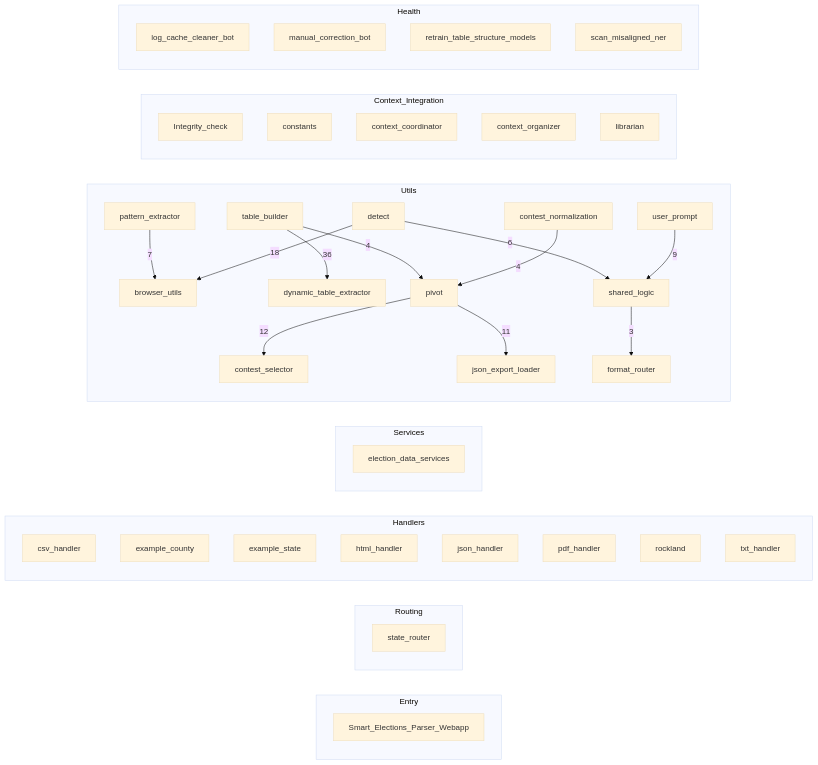
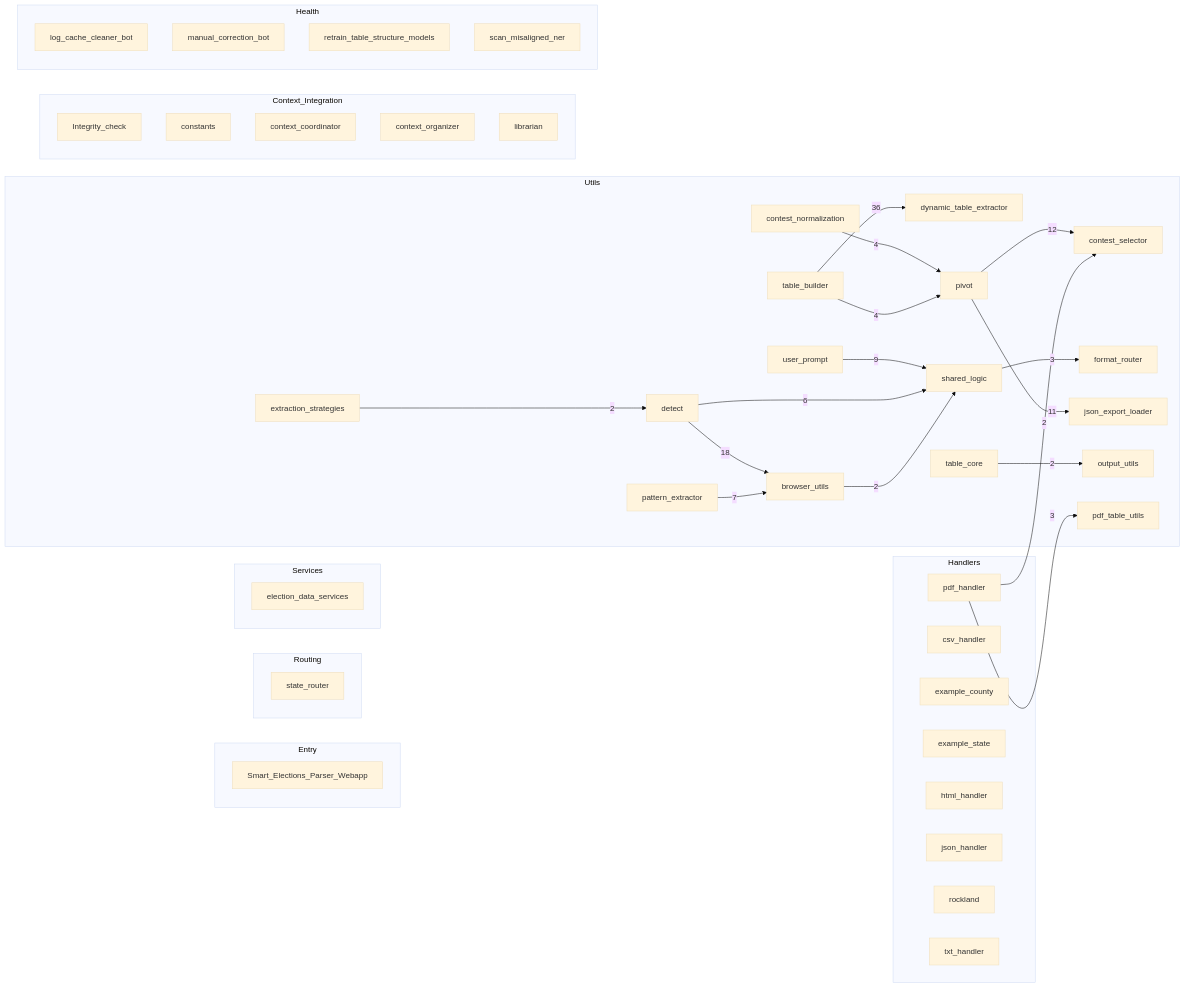
The second of 3 diagrams in docs/project_audit.md (Basic-Nature/html_Parser_prototype), drawn with Mermaid (base theme) before and after one commit. The commit also changed other lines of this file and 3 other files, not shown here.

Commit message:
Address code review: add named constants for diagram limits

````diff
--- a/docs/project_audit.md
+++ b/docs/project_audit.md
@@ -80,59 +80,68 @@
 ```mermaid
 graph LR
   subgraph Entry["Entry"]
     Smart_Elections_Parser_Webapp["Smart_Elections_Parser_Webapp"]
   end
   subgraph Routing["Routing"]
     state_router["state_router"]
   end
   subgraph Handlers["Handlers"]
+    pdf_handler["pdf_handler"]
     csv_handler["csv_handler"]
     example_county["example_county"]
     example_state["example_state"]
     html_handler["html_handler"]
     json_handler["json_handler"]
-    pdf_handler["pdf_handler"]
     rockland["rockland"]
     txt_handler["txt_handler"]
   end
   subgraph Services["Services"]
     election_data_services["election_data_services"]
   end
   subgraph Utils["Utils"]
     browser_utils["browser_utils"]
     contest_normalization["contest_normalization"]
     contest_selector["contest_selector"]
     detect["detect"]
     dynamic_table_extractor["dynamic_table_extractor"]
+    extraction_strategies["extraction_strategies"]
     format_router["format_router"]
     json_export_loader["json_export_loader"]
+    output_utils["output_utils"]
     pattern_extractor["pattern_extractor"]
+    pdf_table_utils["pdf_table_utils"]
     pivot["pivot"]
     shared_logic["shared_logic"]
     table_builder["table_builder"]
+    table_core["table_core"]
     user_prompt["user_prompt"]
   end
   subgraph Context_Integration["Context_Integration"]
     Integrity_check["Integrity_check"]
     constants["constants"]
     context_coordinator["context_coordinator"]
     context_organizer["context_organizer"]
     librarian["librarian"]
   end
   subgraph Health["Health"]
     log_cache_cleaner_bot["log_cache_cleaner_bot"]
     manual_correction_bot["manual_correction_bot"]
     retrain_table_structure_models["retrain_table_structure_models"]
     scan_misaligned_ner["scan_misaligned_ner"]
   end
   table_builder -->|36| dynamic_table_extractor
   detect -->|18| browser_utils
   pivot -->|12| contest_selector
   pivot -->|11| json_export_loader
   user_prompt -->|9| shared_logic
   pattern_extractor -->|7| browser_utils
   detect -->|6| shared_logic
   contest_normalization -->|4| pivot
   table_builder -->|4| pivot
   shared_logic -->|3| format_router
+  pdf_handler -->|3| pdf_table_utils
+  table_core -->|2| output_utils
+  extraction_strategies -->|2| detect
+  browser_utils -->|2| shared_logic
+  pdf_handler -->|2| contest_selector
 ```
````
